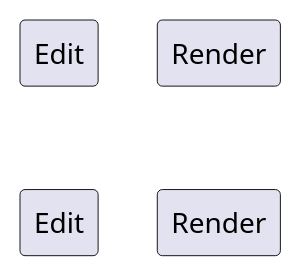
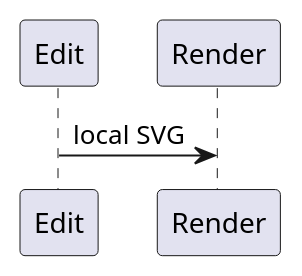
The second of 3 diagrams in demo-v0.2.md (yibie/md-mode), drawn with PlantUML before and after one commit. The commit also changed 2 other files, not shown here.

Commit message:
Keep rendered media legible across Emacs themes
Renderer faces now remain neutral while locally generated media follows the active frame foreground and background. Theme-sensitive cache keys prevent stale dark assets from reappearing under light themes, and the demo no longer overrides PlantUML with dark-only colors.

Constraint: Diagram CLIs render outside the Emacs face system

Rejected: Hard-code one SVG color palette | it would fail under the opposite background mode

Confidence: high

Scope-risk: moderate

Directive: Keep media cache keys sensitive to every theme attribute used during generation

Tested: ERT 198/198; byte compilation; Checkdoc; fresh-cache light and dark GUI/CLI probes

Not-tested: Automatic refresh of buffers already rendered when a theme changes in place

````diff
--- a/demo-v0.2.md
+++ b/demo-v0.2.md
@@ -29,8 +29,5 @@
 ```plantuml
 @startuml
-skinparam ArrowColor white
-skinparam SequenceArrowFontColor white
-skinparam SequenceLifeLineBorderColor white
 Edit -> Render: local SVG
 @enduml
 ```
````
